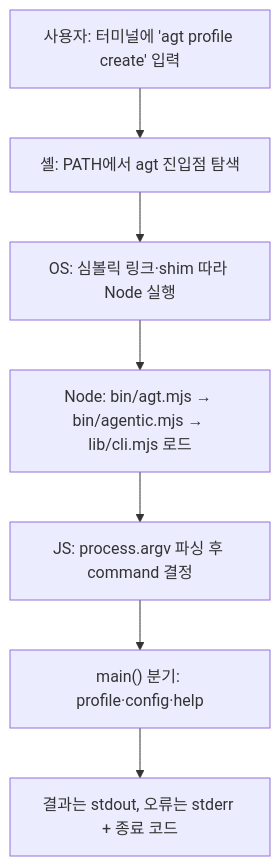
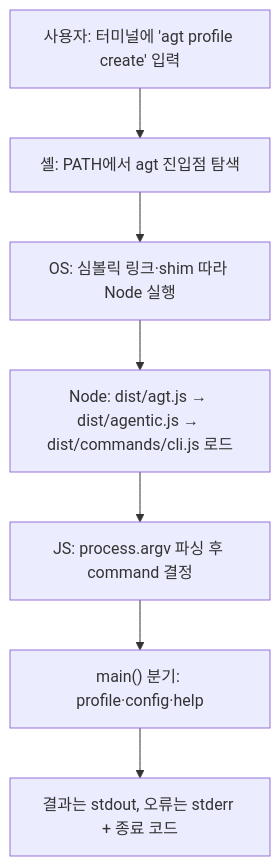
Before and after one commit to IsthisLee/agent-context-manager: the third of 6 diagrams in docs/implementation-principles.md, drawn with Mermaid. The commit also changed other lines of this file and 102 other files, not shown here.

````diff
--- a/docs/implementation-principles.md
+++ b/docs/implementation-principles.md
@@ -161,9 +175,9 @@
 ```mermaid
 flowchart TD
   A["사용자: 터미널에 'agt profile create' 입력"] --> B["셸: PATH에서 agt 진입점 탐색"]
   B --> C["OS: 심볼릭 링크·shim 따라 Node 실행"]
-  C --> D["Node: bin/agt.mjs → bin/agentic.mjs → lib/cli.mjs 로드"]
+  C --> D["Node: dist/agt.js → dist/agentic.js → dist/commands/cli.js 로드"]
   D --> E["JS: process.argv 파싱 후 command 결정"]
   E --> F["main() 분기: profile·config·help"]
   F --> G["결과는 stdout, 오류는 stderr + 종료 코드"]
 ```
````
